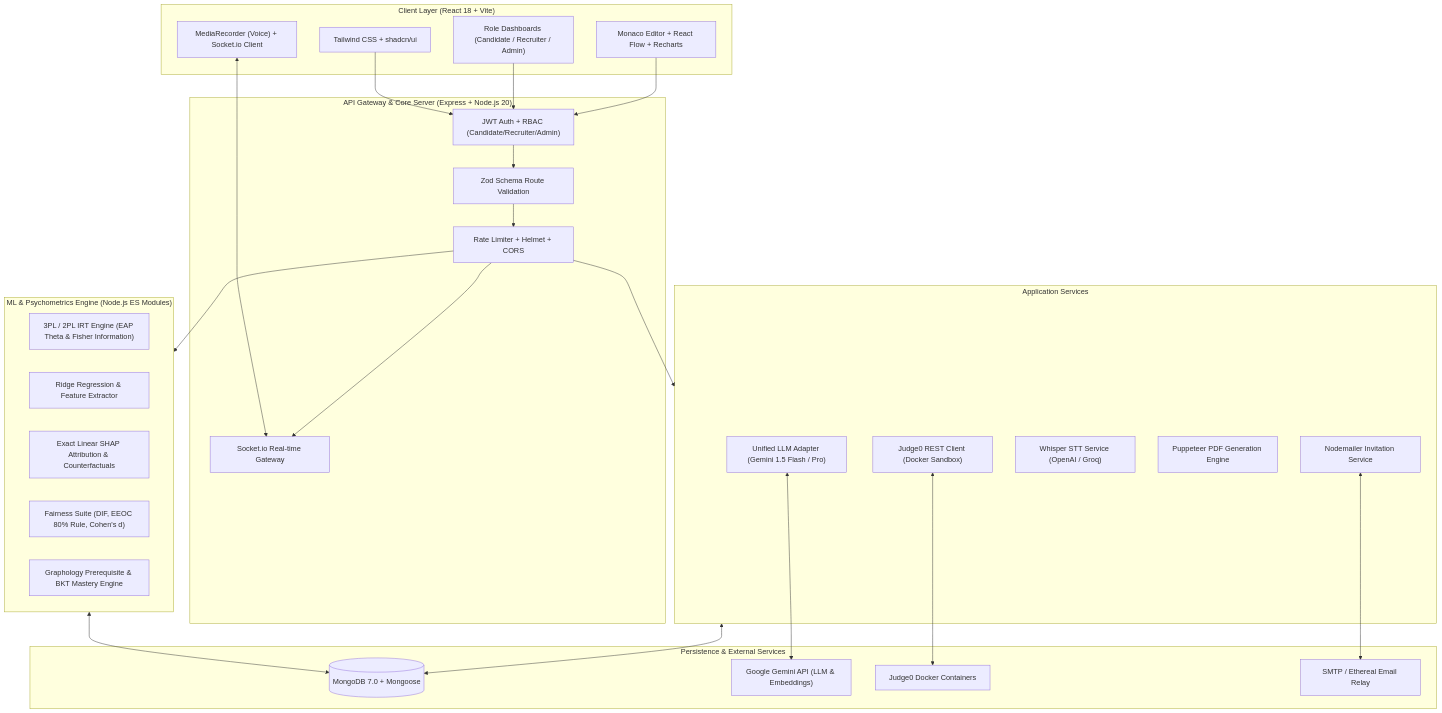
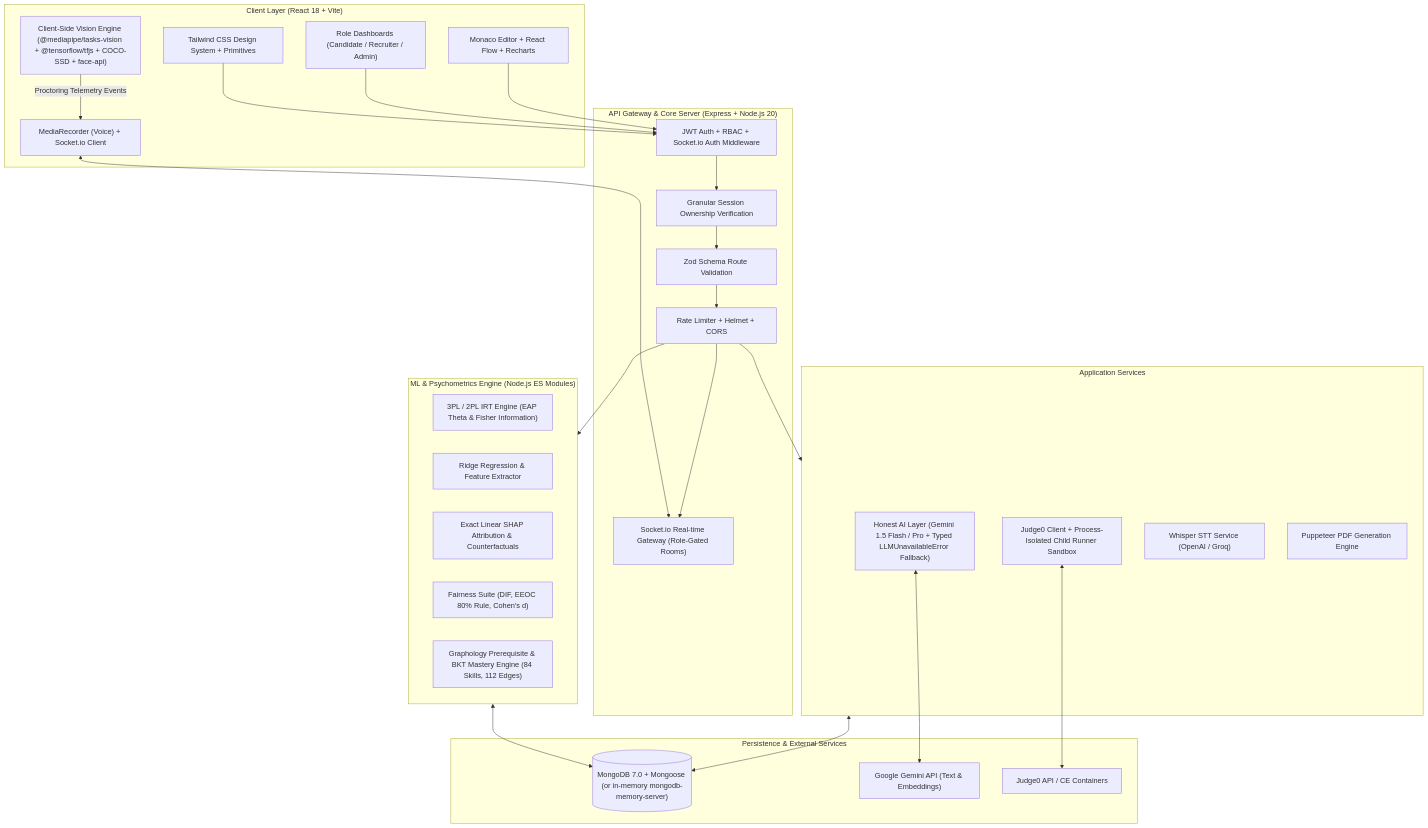
One commit to Ashishydv0903/Adaptiq changed the first of 5 diagrams in docs/ARCHITECTURE.md. Above: the diagram before and after it, drawn with Mermaid. The commit also changed other lines of this file and 181 other files, not shown here.

````diff
--- a/docs/ARCHITECTURE.md
+++ b/docs/ARCHITECTURE.md
@@ -9,55 +9,55 @@
 ```mermaid
 flowchart TB
     subgraph Client ["Client Layer (React 18 + Vite)"]
-        UI["Tailwind CSS + shadcn/ui"]
+        UI["Tailwind CSS Design System + Primitives"]
         Dashboards["Role Dashboards (Candidate / Recruiter / Admin)"]
+        VisionModels["Client-Side Vision Engine (@mediapipe/tasks-vision + @tensorflow/tfjs + COCO-SSD + face-api)"]
         Interactive["Monaco Editor + React Flow + Recharts"]
         ClientMedia["MediaRecorder (Voice) + Socket.io Client"]
     end
 
     subgraph Gateway ["API Gateway & Core Server (Express + Node.js 20)"]
-        AuthMiddleware["JWT Auth + RBAC (Candidate/Recruiter/Admin)"]
+        AuthMiddleware["JWT Auth + RBAC + Socket.io Auth Middleware"]
+        OwnershipMiddleware["Granular Session Ownership Verification"]
         ZodValidator["Zod Schema Route Validation"]
         RateLimiter["Rate Limiter + Helmet + CORS"]
-        RealtimeGW["Socket.io Real-time Gateway"]
+        RealtimeGW["Socket.io Real-time Gateway (Role-Gated Rooms)"]
     end
 
     subgraph MLEngine ["ML & Psychometrics Engine (Node.js ES Modules)"]
         IRT["3PL / 2PL IRT Engine (EAP Theta & Fisher Information)"]
         ScoringModel["Ridge Regression & Feature Extractor"]
         SHAP["Exact Linear SHAP Attribution & Counterfactuals"]
         Fairness["Fairness Suite (DIF, EEOC 80% Rule, Cohen's d)"]
-        SkillGraphEngine["Graphology Prerequisite & BKT Mastery Engine"]
+        SkillGraphEngine["Graphology Prerequisite & BKT Mastery Engine (84 Skills, 112 Edges)"]
     end
 
     subgraph Services ["Application Services"]
-        LLMAdapter["Unified LLM Adapter (Gemini 1.5 Flash / Pro)"]
-        Judge0Client["Judge0 REST Client (Docker Sandbox)"]
+        LLMAdapter["Honest AI Layer (Gemini 1.5 Flash / Pro + Typed LLMUnavailableError Fallback)"]
+        Judge0Client["Judge0 Client + Process-Isolated Child Runner Sandbox"]
         WhisperClient["Whisper STT Service (OpenAI / Groq)"]
         PDFService["Puppeteer PDF Generation Engine"]
-        EmailService["Nodemailer Invitation Service"]
     end
 
     subgraph DataLayer ["Persistence & External Services"]
-        MongoDB[("MongoDB 7.0 + Mongoose")]
-        GeminiAPI["Google Gemini API (LLM & Embeddings)"]
-        Judge0Docker["Judge0 Docker Containers"]
-        SMTPRelay["SMTP / Ethereal Email Relay"]
+        MongoDB[("MongoDB 7.0 + Mongoose (or in-memory mongodb-memory-server)")]
+        GeminiAPI["Google Gemini API (Text & Embeddings)"]
+        Judge0Docker["Judge0 API / CE Containers"]
     end
 
     UI --> AuthMiddleware
     Dashboards --> AuthMiddleware
     Interactive --> AuthMiddleware
+    VisionModels -->|Proctoring Telemetry Events| ClientMedia
     ClientMedia <--> RealtimeGW
 
-    AuthMiddleware --> ZodValidator --> RateLimiter
+    AuthMiddleware --> OwnershipMiddleware --> ZodValidator --> RateLimiter
     RateLimiter --> RealtimeGW
     RateLimiter --> MLEngine
     RateLimiter --> Services
 
     MLEngine <--> MongoDB
     Services <--> MongoDB
     LLMAdapter <--> GeminiAPI
     Judge0Client <--> Judge0Docker
-    EmailService <--> SMTPRelay
 ```
````
